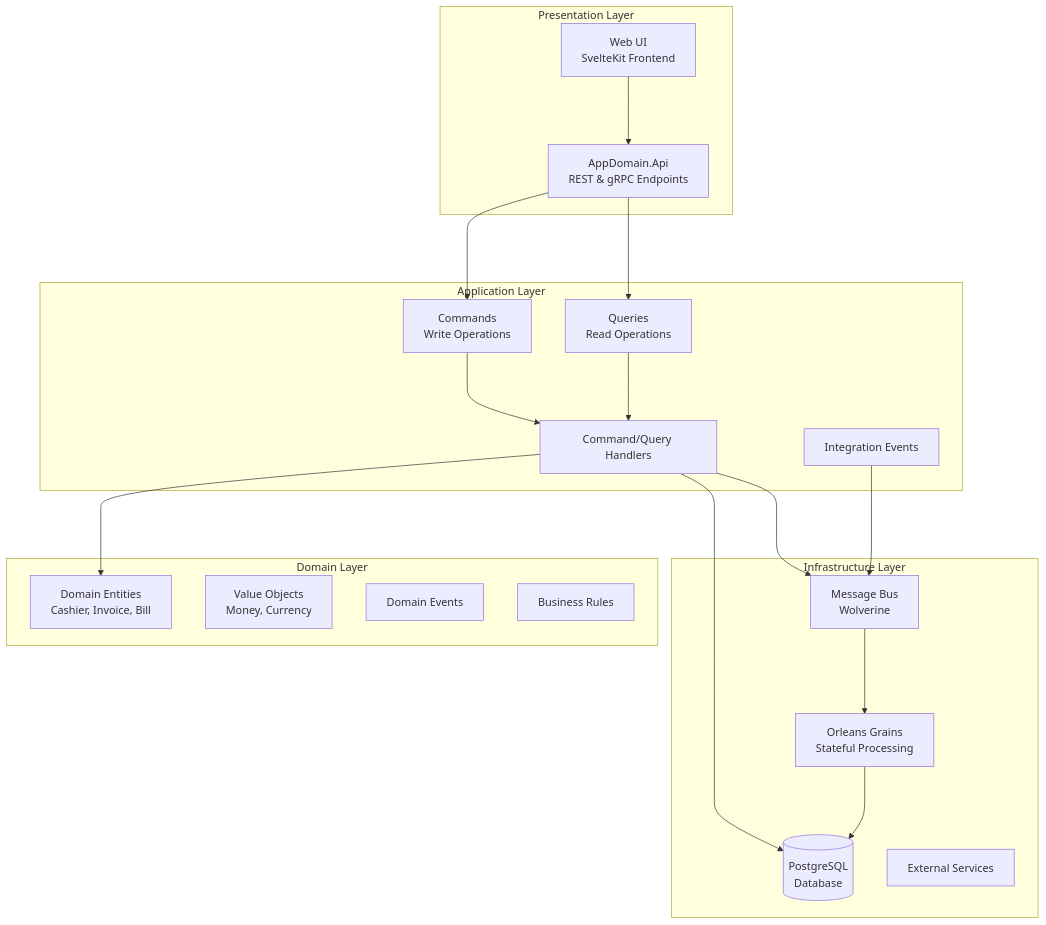
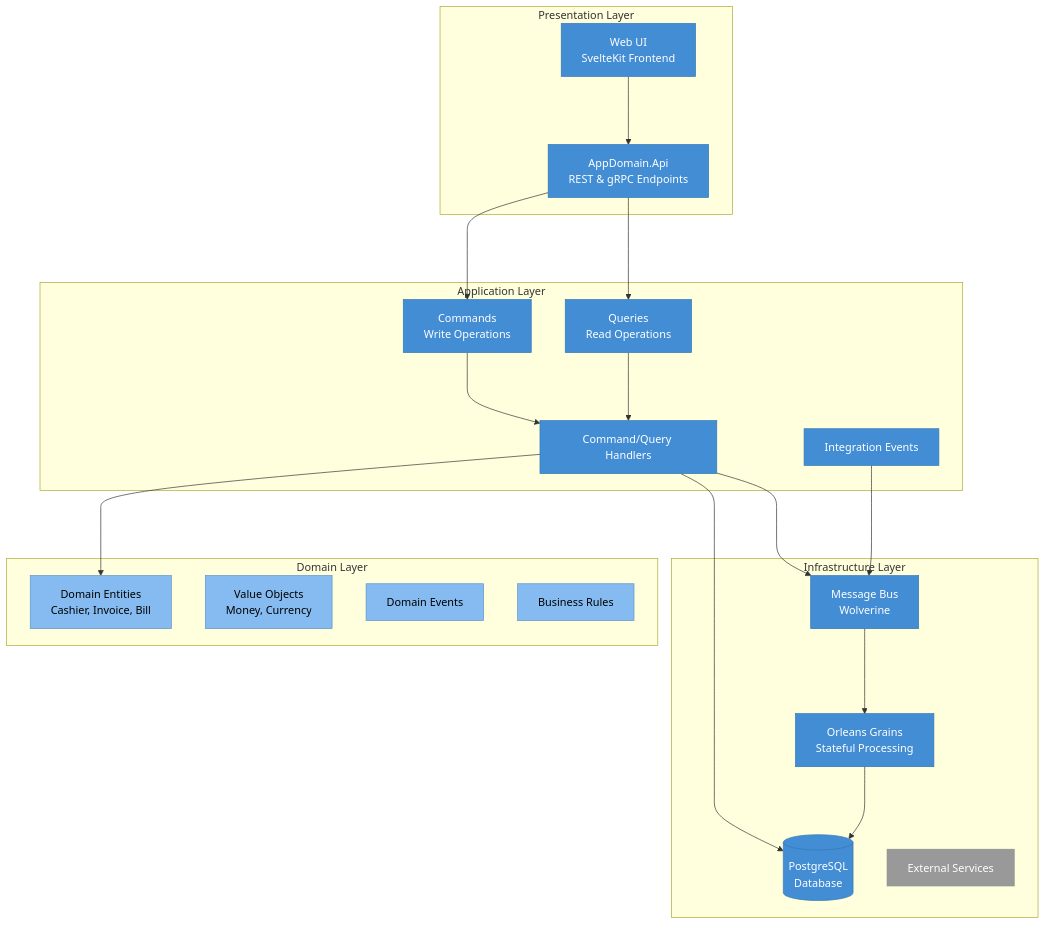
Before and after one commit to vgmello/momentum: the diagram in docs/arch/index.md, drawn with Mermaid. The commit also changed other lines of this file and 6 other files, not shown here.

First line of the commit message:
Add neo mermaid look and C4-style actor colors to arch diagrams

````diff
--- a/docs/arch/index.md
+++ b/docs/arch/index.md
@@ -7,40 +7,48 @@
 ```mermaid
 graph TB
     subgraph "Presentation Layer"
         API["AppDomain.Api<br/>REST & gRPC Endpoints"]
         WebUI["Web UI<br/>SvelteKit Frontend"]
     end
 
     subgraph "Application Layer"
         Commands["Commands<br/>Write Operations"]
         Queries["Queries<br/>Read Operations"]
         Handlers["Command/Query Handlers"]
         Events["Integration Events"]
     end
 
     subgraph "Domain Layer"
         Entities["Domain Entities<br/>Cashier, Invoice, Bill"]
         ValueObjects["Value Objects<br/>Money, Currency"]
         DomainEvents["Domain Events"]
         Rules["Business Rules"]
     end
 
     subgraph "Infrastructure Layer"
         Database[("PostgreSQL<br/>Database")]
         MessageBus["Message Bus<br/>Wolverine"]
         Orleans["Orleans Grains<br/>Stateful Processing"]
         External["External Services"]
     end
 
     API ---> Commands
     API ---> Queries
     WebUI ---> API
     Commands ---> Handlers
     Queries ---> Handlers
     Handlers ---> Entities
     Handlers ---> Database
     Handlers ---> MessageBus
     Events ---> MessageBus
     Orleans ---> Database
     MessageBus ---> Orleans
+
+    classDef container fill:#438dd5,stroke:#3079b0,color:#ffffff
+    classDef component fill:#85bbf0,stroke:#5b93c8,color:#000000
+    classDef external fill:#999999,stroke:#8a8a8a,color:#ffffff
+
+    class API,WebUI,Commands,Queries,Handlers,Events,MessageBus,Orleans,Database container
+    class Entities,ValueObjects,DomainEvents,Rules component
+    class External external
 ```
````
